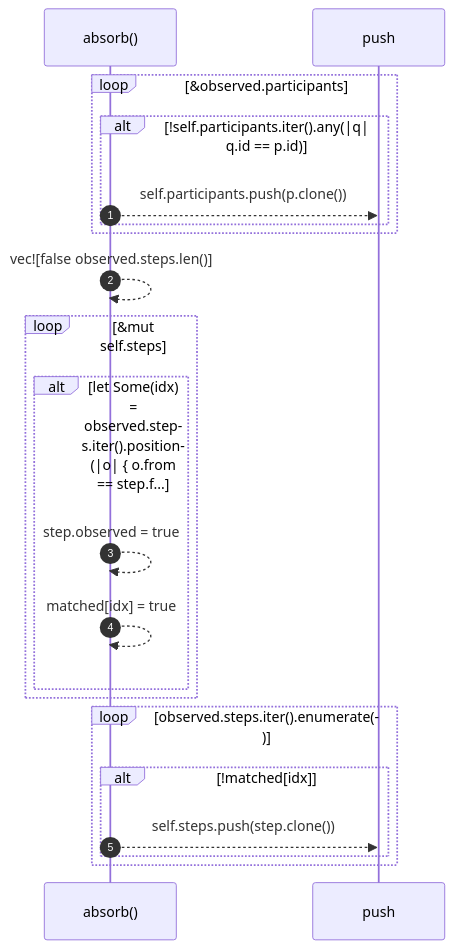
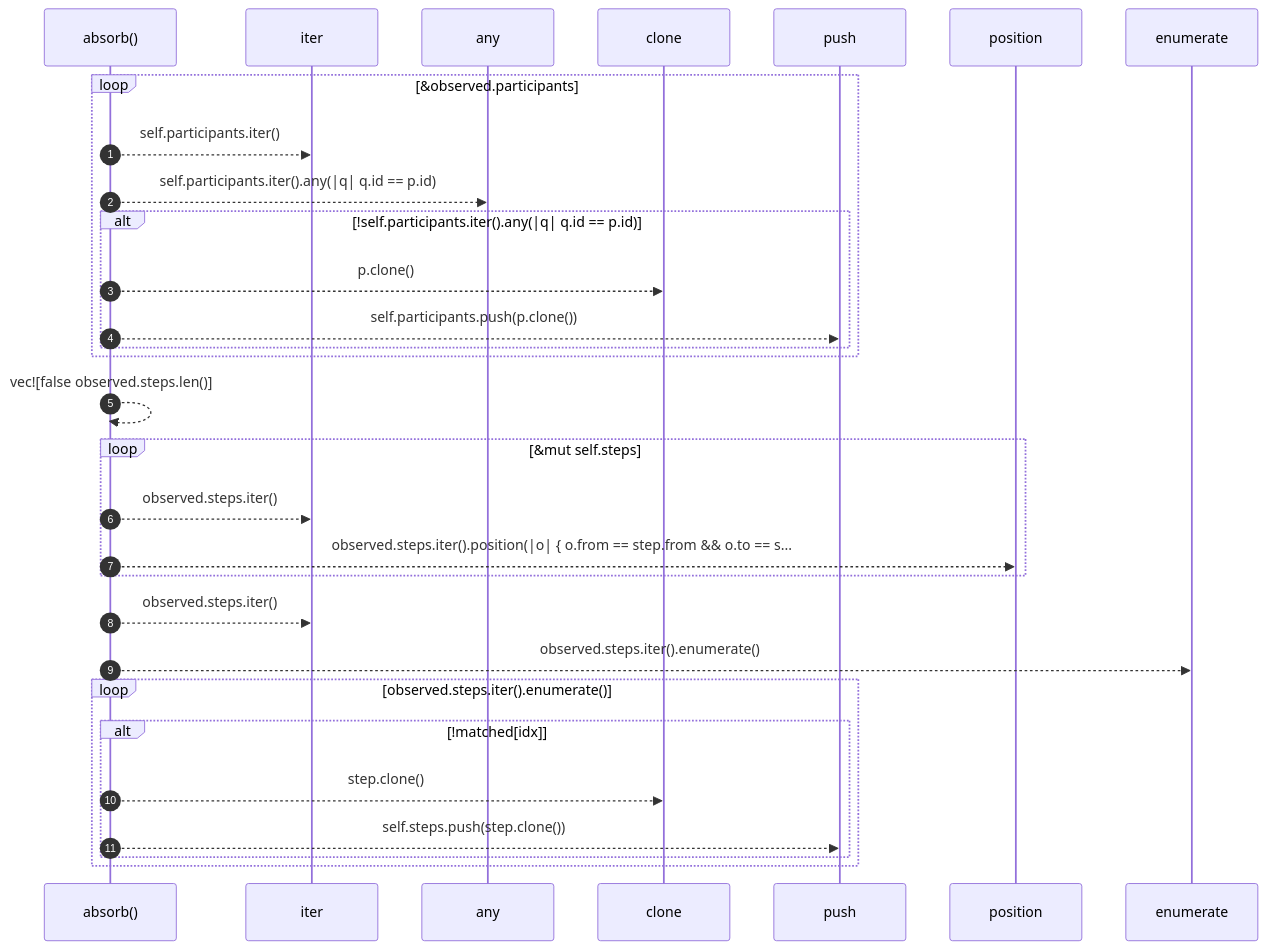
Before and after one commit to RyanGuild/self-describing-code: the fourth of 4 diagrams in docs/self-model/robby_ir/process/impl-process.md, drawn with Mermaid. The commit also changed other lines of this file and 1404 other files, not shown here.

````diff
--- a/docs/self-model/robby_ir/process/impl-process.md
+++ b/docs/self-model/robby_ir/process/impl-process.md
@@ -212,23 +250,32 @@
 ```mermaid
 sequenceDiagram
     autonumber
     participant absorb as absorb()
+    participant iter as iter
+    participant any as any
+    participant clone as clone
     participant push as push
+    participant position as position
+    participant enumerate as enumerate
     loop &observed.participants
+    absorb-->>iter: self.participants.iter()
+    absorb-->>any: self.participants.iter().any(|q| q.id == p.id)
     alt !self.participants.iter().any(|q| q.id == p.id)
+    absorb-->>clone: p.clone()
     absorb-->>push: self.participants.push(p.clone())
     end
     end
     absorb-->>absorb: vec![false observed.steps.len()]
     loop &mut self.steps
-    alt let Some(idx) = observed.steps.iter().position(|o| { o.from == step.f...
-    absorb-->>absorb: step.observed = true
-    absorb-->>absorb: matched[idx] = true
+    absorb-->>iter: observed.steps.iter()
+    absorb-->>position: observed.steps.iter().position(|o| { o.from == step.from && o.to == s...
     end
-    end
+    absorb-->>iter: observed.steps.iter()
+    absorb-->>enumerate: observed.steps.iter().enumerate()
     loop observed.steps.iter().enumerate()
     alt !matched[idx]
+    absorb-->>clone: step.clone()
     absorb-->>push: self.steps.push(step.clone())
     end
     end
 ```
````
